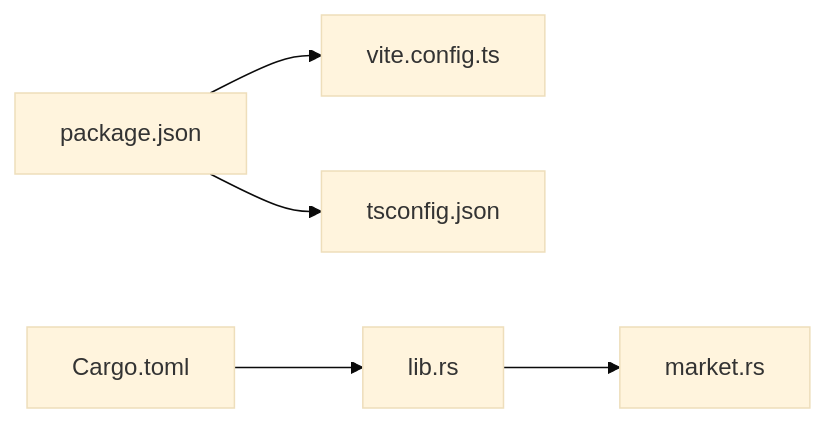
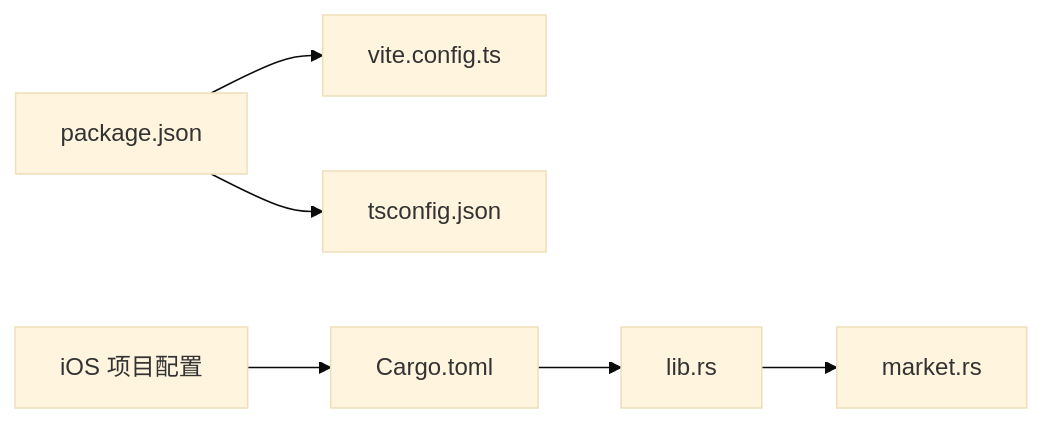
The fourth of 4 diagrams in .qoder/repowiki/zh/content/配置与部署.md (jiashaoying/hq-kanban-app), drawn with Mermaid (base theme) before and after one commit. The commit also changed other lines of this file and 17 other files, not shown here.

First line of the commit message:
feat: 指数详情页功能（分时线/K线图表）

````diff
--- a/.qoder/repowiki/zh/content/配置与部署.md
+++ b/.qoder/repowiki/zh/content/配置与部署.md
@@ -249,13 +331,15 @@
 ```mermaid
 graph LR
 PKG["package.json"]
 VCFG["vite.config.ts"]
 TSCFG["tsconfig.json"]
 CARGO["Cargo.toml"]
 LIB["lib.rs"]
 MKT["market.rs"]
+IOS["iOS 项目配置"]
 PKG --> VCFG
 PKG --> TSCFG
 CARGO --> LIB
 LIB --> MKT
+IOS --> CARGO
 ```
````
